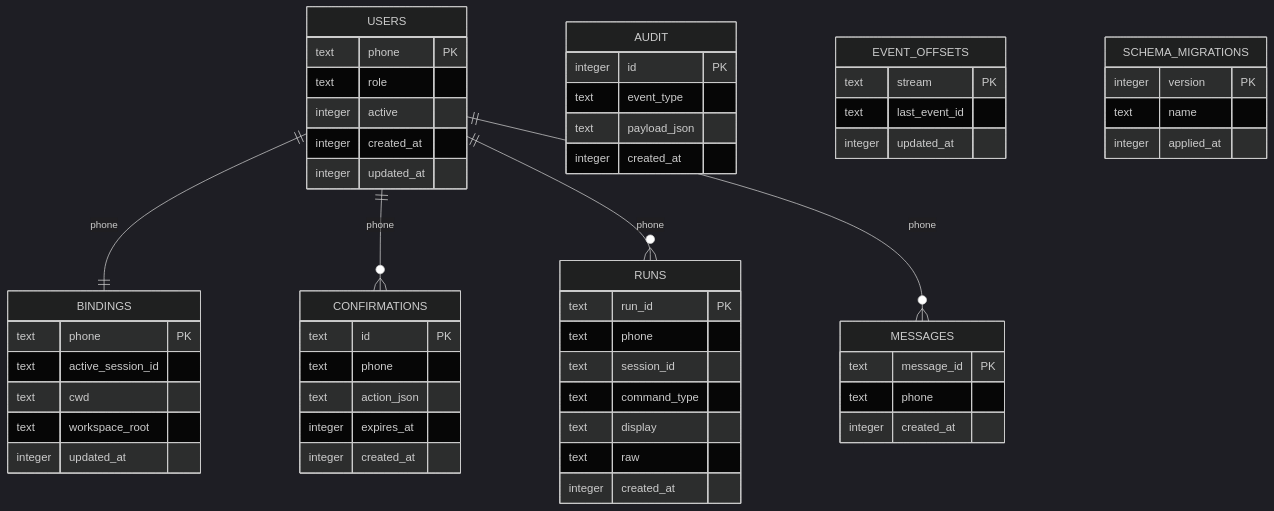
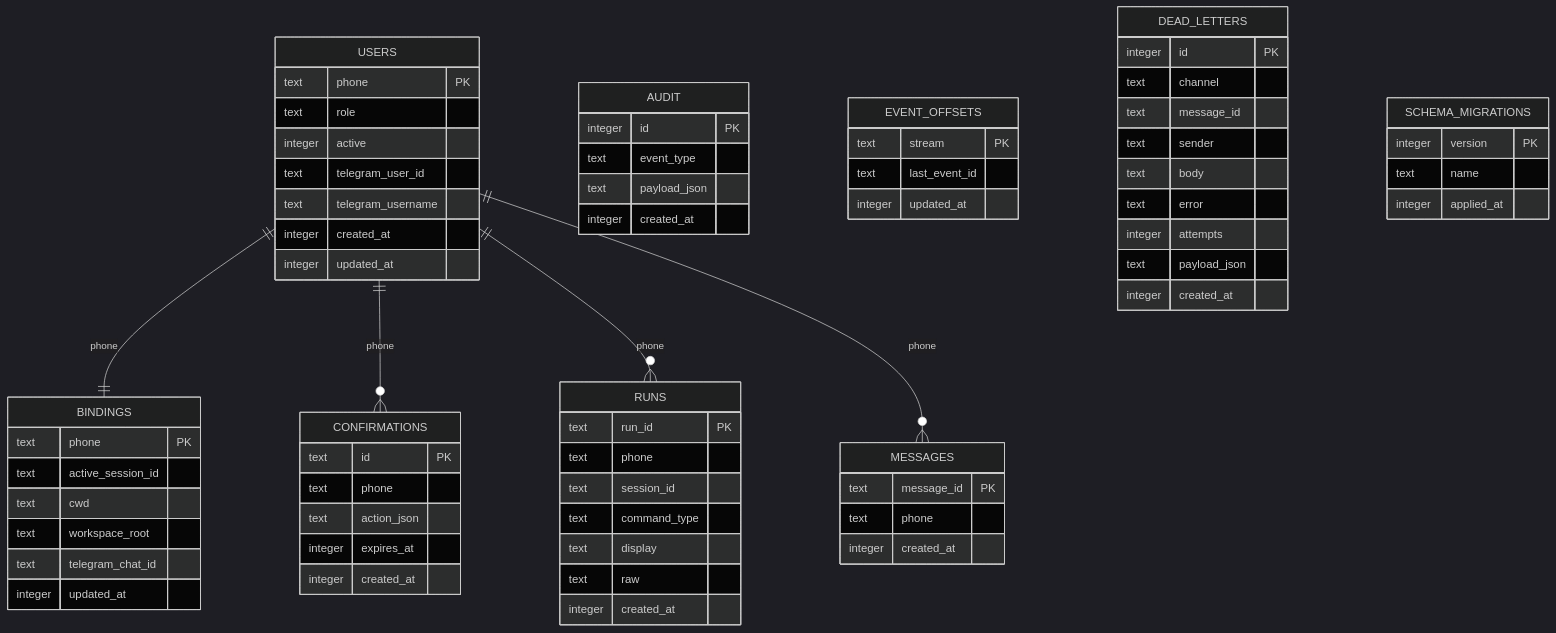
Before and after one commit to Traves-Theberge/opencode-remote: the diagram in docs/ERD.md, drawn with Mermaid (dark theme). The commit also changed other lines of this file and 27 other files, not shown here.

Commit message:
add Telegram dual-channel transport and reliability hardening

````diff
--- a/docs/ERD.md
+++ b/docs/ERD.md
@@ -3,66 +3,81 @@
 ```mermaid
 erDiagram
   USERS {
     text phone PK
     text role
     integer active
+    text telegram_user_id
+    text telegram_username
     integer created_at
     integer updated_at
   }
 
   BINDINGS {
     text phone PK
     text active_session_id
     text cwd
     text workspace_root
+    text telegram_chat_id
     integer updated_at
   }
 
   CONFIRMATIONS {
     text id PK
     text phone
     text action_json
     integer expires_at
     integer created_at
   }
 
   RUNS {
     text run_id PK
     text phone
     text session_id
     text command_type
     text display
     text raw
     integer created_at
   }
 
   MESSAGES {
     text message_id PK
     text phone
     integer created_at
   }
 
   AUDIT {
     integer id PK
     text event_type
     text payload_json
     integer created_at
   }
 
   EVENT_OFFSETS {
     text stream PK
     text last_event_id
     integer updated_at
   }
 
+  DEAD_LETTERS {
+    integer id PK
+    text channel
+    text message_id
+    text sender
+    text body
+    text error
+    integer attempts
+    text payload_json
+    integer created_at
+  }
+
   SCHEMA_MIGRATIONS {
     integer version PK
     text name
     integer applied_at
   }
 
   USERS ||--|| BINDINGS : "phone"
   USERS ||--o{ CONFIRMATIONS : "phone"
   USERS ||--o{ RUNS : "phone"
   USERS ||--o{ MESSAGES : "phone"
 ```
````
